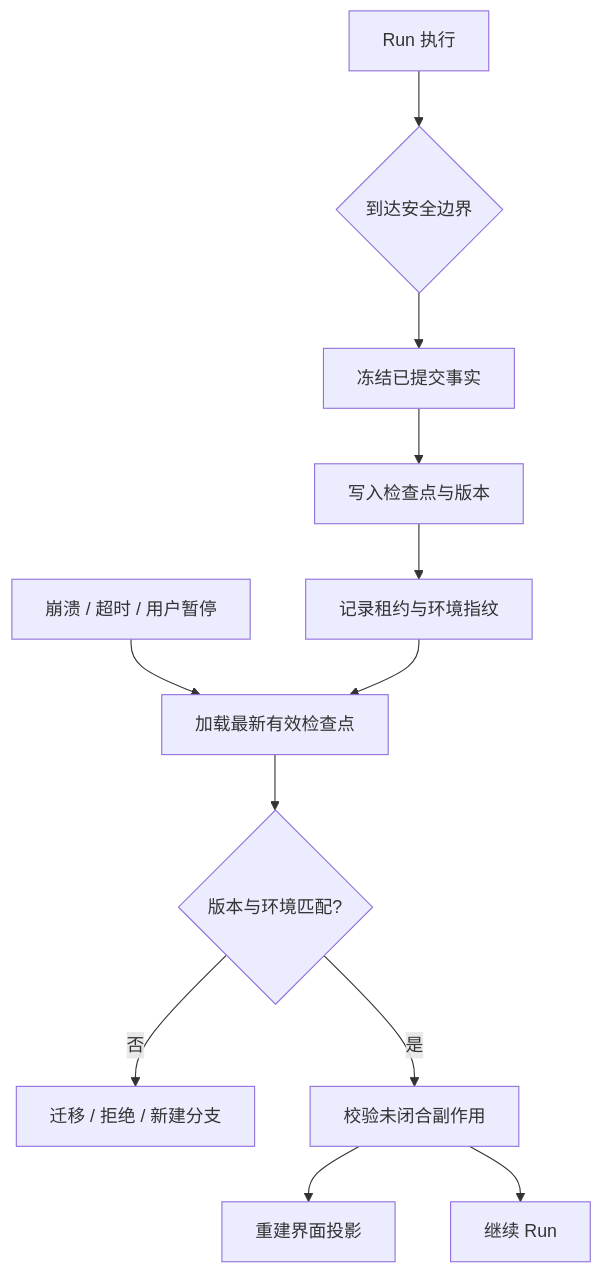
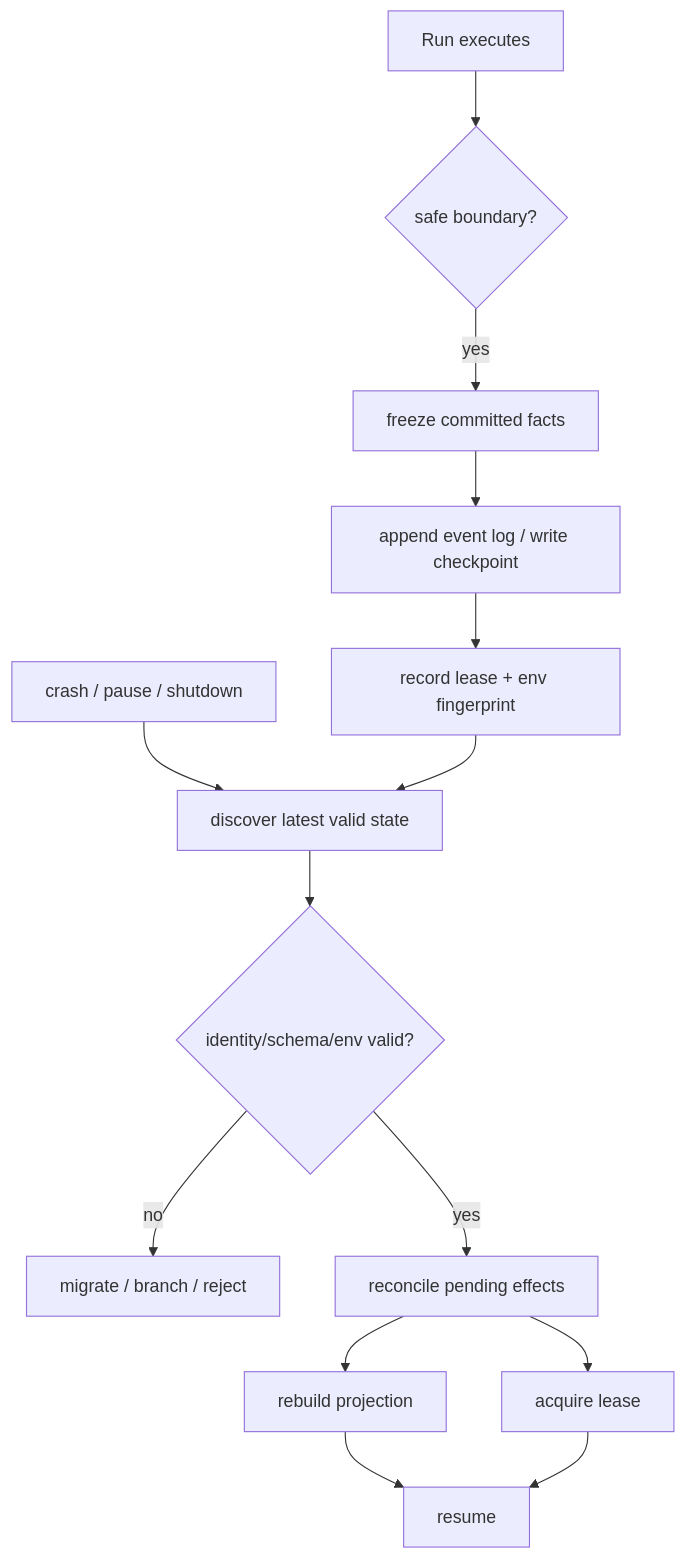
Before and after one commit to xiaoslin9153/awesome-agent-harness-tutorial: the first of 2 diagrams in tutorial/zh-CN/02-harness-mechanics/checkpoint-resume.md, drawn with Mermaid. The commit also changed other lines of this file and 3 other files, not shown here.

Commit message:
docs: rewrite checkpoint resume

````diff
--- a/tutorial/zh-CN/02-harness-mechanics/checkpoint-resume.md
+++ b/tutorial/zh-CN/02-harness-mechanics/checkpoint-resume.md
@@ -34,14 +56,16 @@
 ```mermaid
 flowchart TD
-  A[Run 执行] --> B{到达安全边界}
-  B --> C[冻结已提交事实]
-  C --> D[写入检查点与版本]
-  D --> E[记录租约与环境指纹]
-  F[崩溃 / 超时 / 用户暂停] --> G[加载最新有效检查点]
+  A[Run executes] --> B{safe boundary?}
+  B -- yes --> C[freeze committed facts]
+  C --> D[append event log / write checkpoint]
+  D --> E[record lease + env fingerprint]
+  F[crash / pause / shutdown] --> G[discover latest valid state]
   E --> G
-  G --> H{版本与环境匹配?}
-  H -- 否 --> I[迁移 / 拒绝 / 新建分支]
-  H -- 是 --> J[校验未闭合副作用]
-  J --> K[重建界面投影]
-  J --> L[继续 Run]
+  G --> H{identity/schema/env valid?}
+  H -- no --> I[migrate / branch / reject]
+  H -- yes --> J[reconcile pending effects]
+  J --> K[rebuild projection]
+  J --> L[acquire lease]
+  K --> M[resume]
+  L --> M
 ```
````
